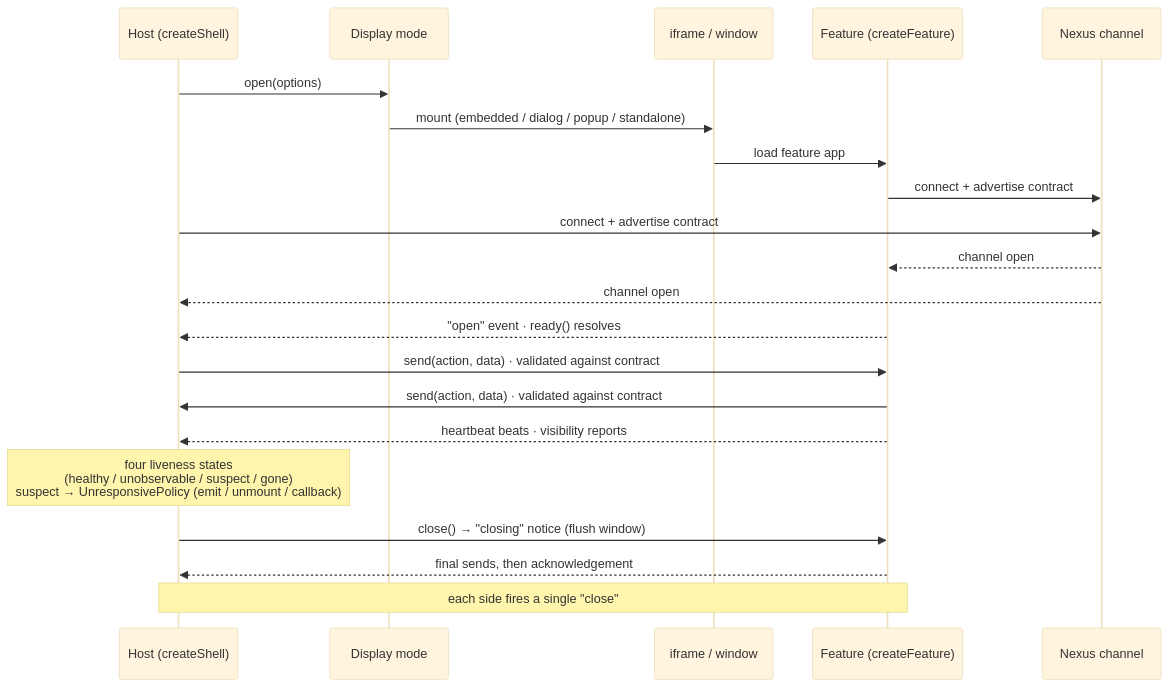
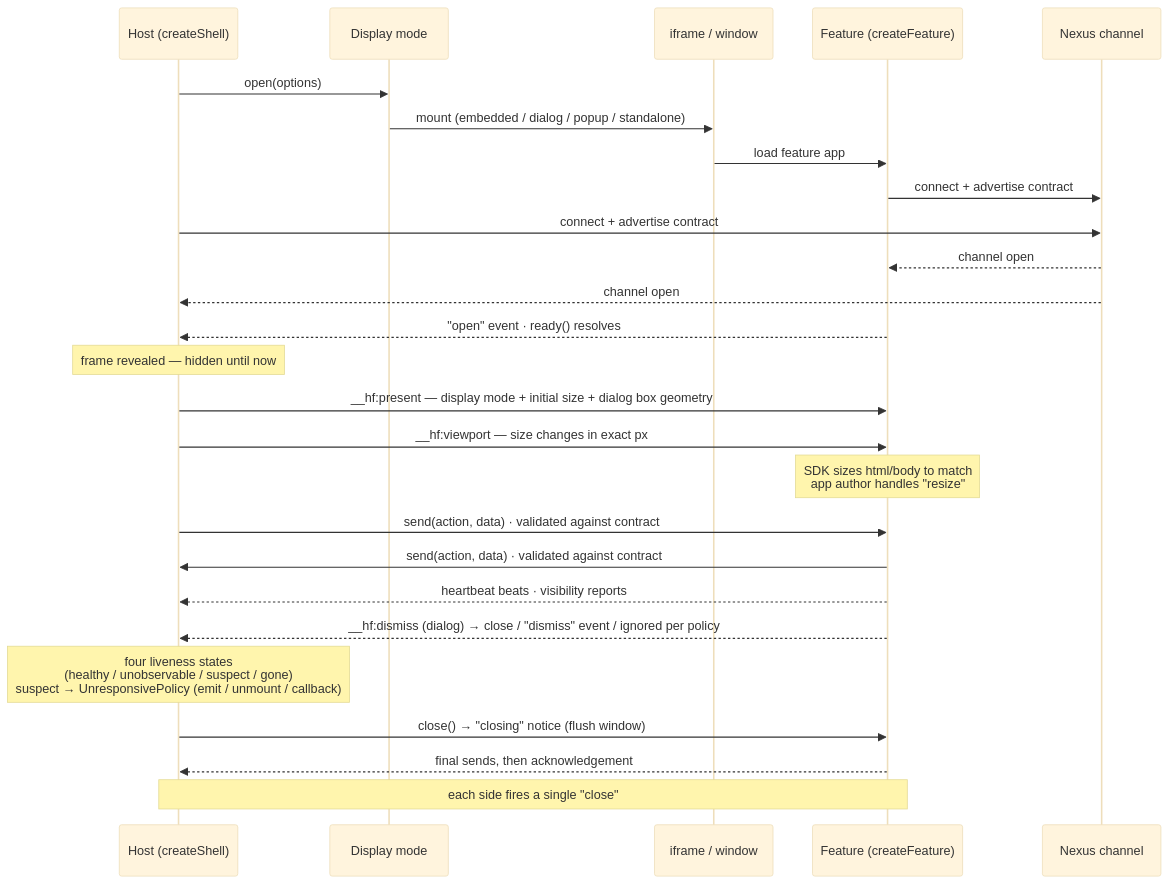
The second of 2 diagrams in libs/features/ARCHITECTURE.md (AndrewRedican/hyperfrontend), drawn with Mermaid before and after one commit. The commit also changed other lines of this file and 5 other files, not shown here.

````diff
--- a/libs/features/ARCHITECTURE.md
+++ b/libs/features/ARCHITECTURE.md
@@ -108,30 +116,35 @@
 ```mermaid
 ---
 config:
   theme: base
   themeVariables:
     fontSize: 12px
 ---
 sequenceDiagram
     participant H as Host (createShell)
     participant D as Display mode
     participant I as iframe / window
     participant F as Feature (createFeature)
     participant N as Nexus channel
 
     H->>D: open(options)
     D->>I: mount (embedded / dialog / popup / standalone)
     I->>F: load feature app
     F->>N: connect + advertise contract
     H->>N: connect + advertise contract
     N-->>F: channel open
     N-->>H: channel open
     F-->>H: "open" event · ready() resolves
+    Note over H: frame revealed — hidden until now
+    H->>F: __hf:present — display mode + initial size + dialog box geometry
+    H->>F: __hf:viewport — size changes in exact px
+    Note over F: SDK sizes html/body to match<br/>app author handles "resize"
     H->>F: send(action, data)  ·  validated against contract
     F->>H: send(action, data)  ·  validated against contract
     F-->>H: heartbeat beats · visibility reports
+    F-->>H: __hf:dismiss (dialog) → close / "dismiss" event / ignored per policy
     Note over H: four liveness states<br/>(healthy / unobservable / suspect / gone)<br/>suspect → UnresponsivePolicy (emit / unmount / callback)
     H->>F: close() → "closing" notice (flush window)
     F-->>H: final sends, then acknowledgement
     Note over H,F: each side fires a single "close"
 ```
````
